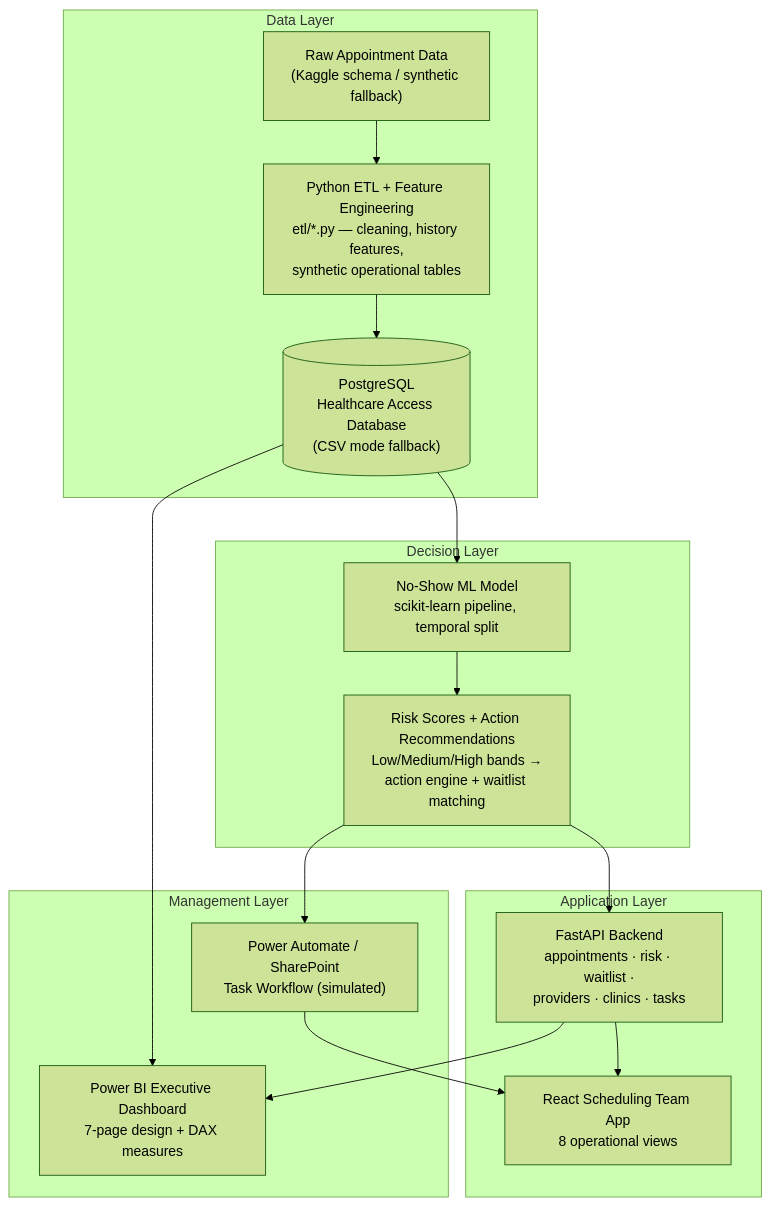
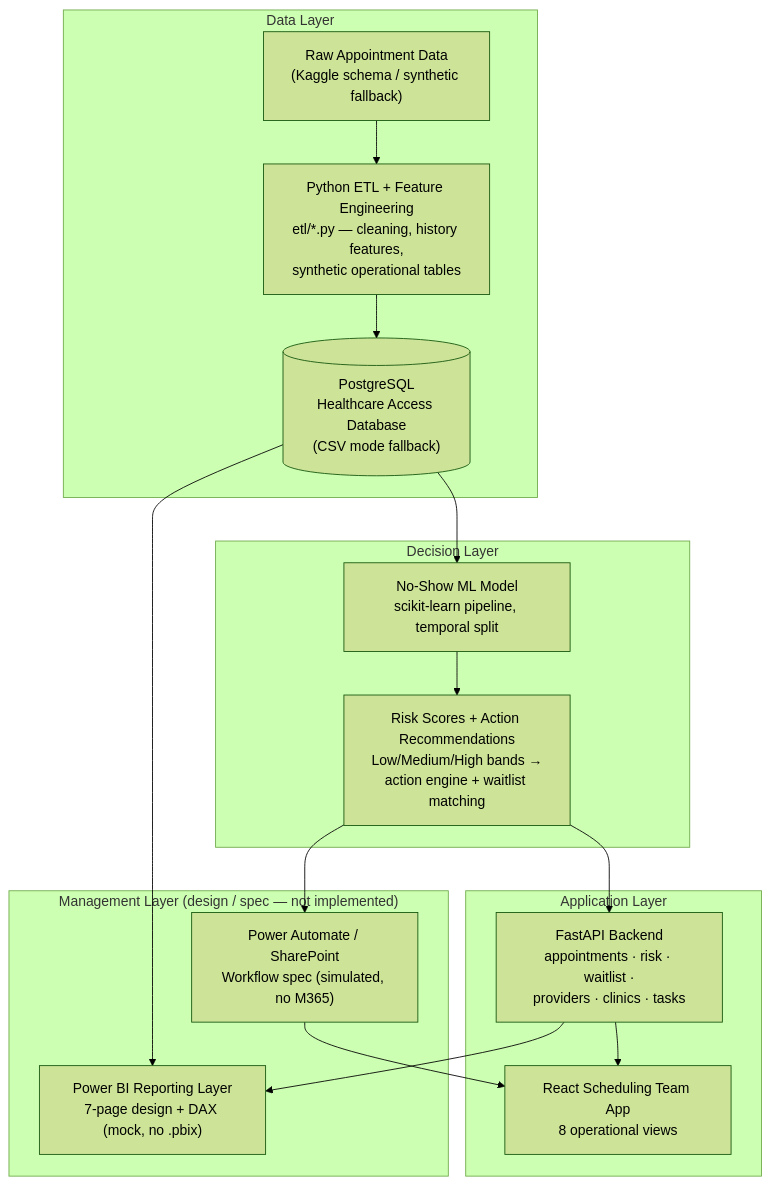
Before and after one commit to Darshita-dp/Patient-Access-No-Show-Automation-Platform: the diagram in diagrams/architecture_diagram.md, drawn with Mermaid (forest theme). The commit also changed 9 other files, not shown here.

````diff
--- a/diagrams/architecture_diagram.md
+++ b/diagrams/architecture_diagram.md
@@ -7,29 +7,29 @@
 ```mermaid
 flowchart TD
     subgraph DATA["Data Layer"]
         A["Raw Appointment Data<br/>(Kaggle schema / synthetic fallback)"]
         B["Python ETL + Feature Engineering<br/>etl/*.py — cleaning, history features,<br/>synthetic operational tables"]
         C[("PostgreSQL<br/>Healthcare Access Database<br/>(CSV mode fallback)")]
     end
 
     subgraph ML["Decision Layer"]
         D["No-Show ML Model<br/>scikit-learn pipeline, temporal split"]
         E["Risk Scores + Action Recommendations<br/>Low/Medium/High bands →<br/>action engine + waitlist matching"]
     end
 
     subgraph SERVE["Application Layer"]
         F["FastAPI Backend<br/>appointments · risk · waitlist ·<br/>providers · clinics · tasks"]
         G["React Scheduling Team App<br/>8 operational views"]
     end
 
-    subgraph REPORT["Management Layer"]
-        H["Power BI Executive Dashboard<br/>7-page design + DAX measures"]
-        I["Power Automate / SharePoint<br/>Task Workflow (simulated)"]
+    subgraph REPORT["Management Layer (design / spec — not implemented)"]
+        H["Power BI Reporting Layer<br/>7-page design + DAX (mock, no .pbix)"]
+        I["Power Automate / SharePoint<br/>Workflow spec (simulated, no M365)"]
     end
 
     A --> B --> C --> D --> E --> F --> G
     C --> H
     E --> I
     F --> H
     I --> G
 ```
````
